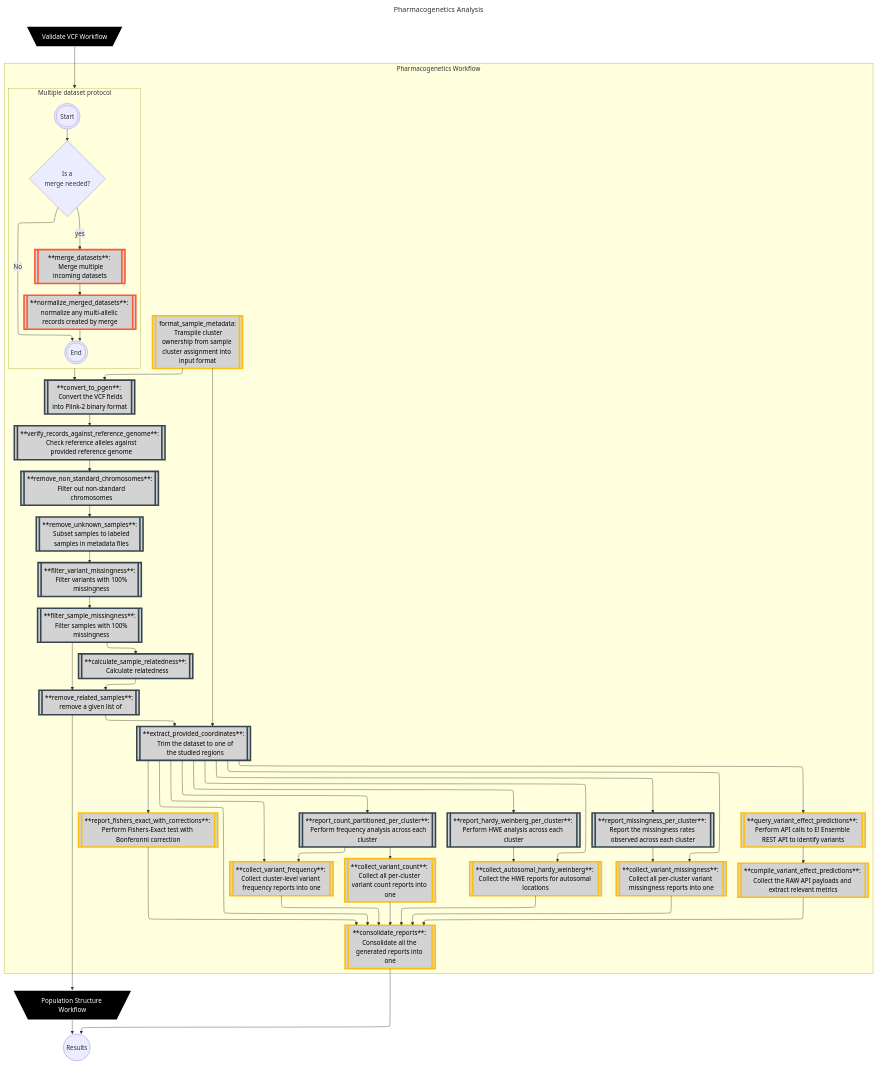
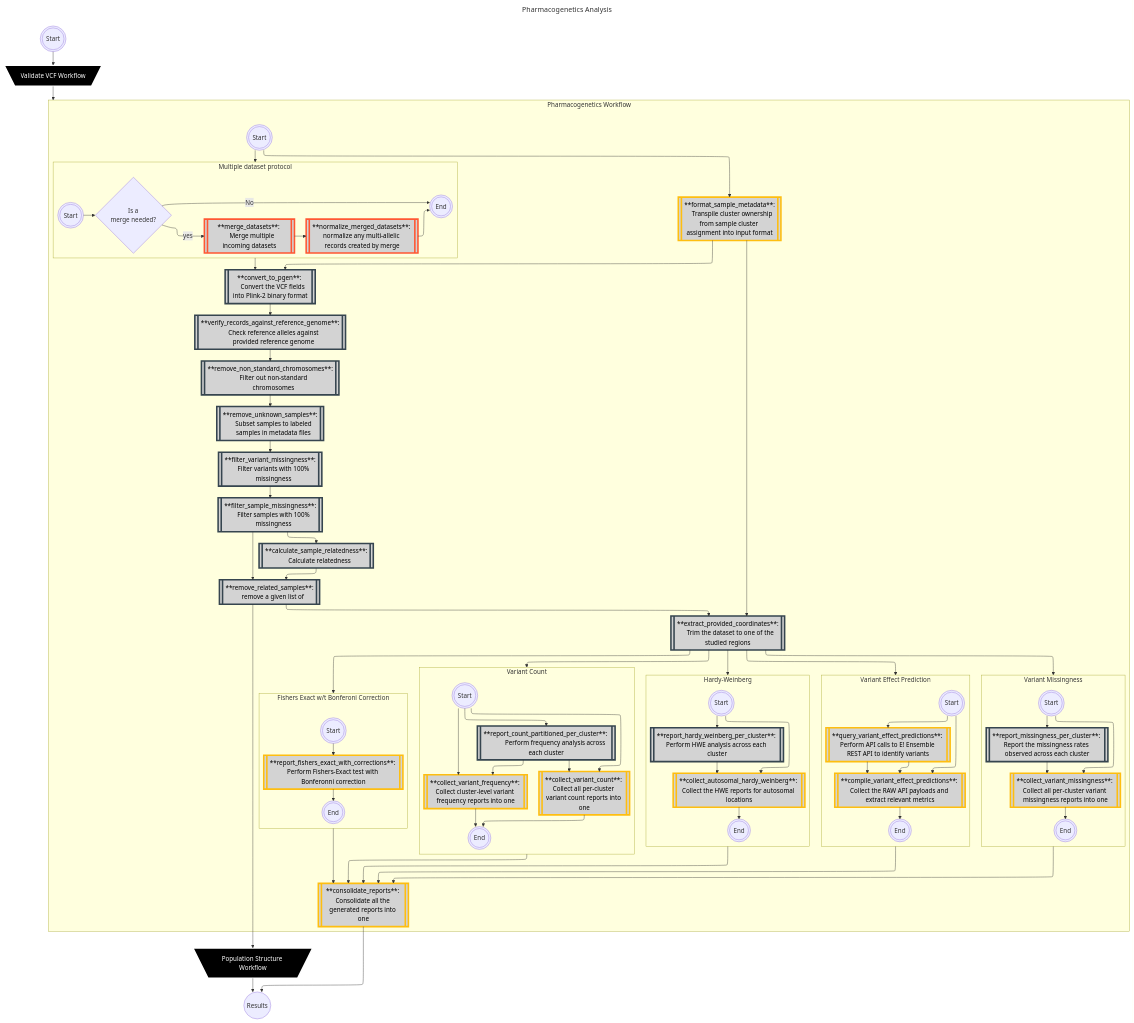
One commit to Tuks-ICMM/Pharmacogenetic-Analysis-Pipeline changed the first of 34 diagrams in docs/02-workflow/02-methodology.md. Above: the diagram before and after it, drawn with Mermaid. The commit also changed 2 other files, not shown here.

Commit message:
Updated methodology diagram

````diff
--- a/docs/02-workflow/02-methodology.md
+++ b/docs/02-workflow/02-methodology.md
@@ -49,152 +49,184 @@
         defaultRenderer: elk
 ---
 flowchart TD
-  subgraph pharmacogeneticsWorkflow [Pharmacogenetics Workflow]
-      direction BT
+    START(((Start)))
+    ValidateVcfWorkflow[\Validate VCF Workflow/]
+    click ValidateVcfWorkflow href "https://tuks-icmm.github.io/VCF-Validation-Workflow/workflow/methodology" _blank
 
-      classDef bcftools stroke:#FF5733,fill:#D3D3D3,stroke-width:4px,color:black;
-      classDef plink stroke:#36454F,fill:#D3D3D3,stroke-width:4px,color:black;
-      classDef python stroke:#FEBE10,fill:#D3D3D3,stroke-width:4px,color:black;
-      classDef admixture stroke:#333,fill:#D3D3D3,stroke-width:4px,color:black;
-      classDef tabix stroke:#023020,fill:#D3D3D3,stroke-width:4px,color:black;
-      classDef gatk stroke:#007FFF,fill:#D3D3D3,stroke-width:4px,color:black;
-      classDef workflow stroke:#fff,fill:#000000,stroke-width:4px,color:white;
+    START --> ValidateVcfWorkflow
 
-      subgraph multipleVcfProtocol [Multiple dataset protocol]
-          direction LR
-          multipleVcfProtocolStart(((Start)))
-          ifMergeRequired{Is a 
-  merge needed?}
-          merge_datasets[[**merge_datasets**: 
-  Merge multiple incoming datasets]]
+    subgraph pharmacogeneticsWorkflow [Pharmacogenetics Workflow]
+        direction BT
 
-          normalize_merged_datasets[[**normalize_merged_datasets**: normalize any multi-allelic records created by merge]]
-          multipleVcfProtocolEnd(((End)))
+        classDef bcftools stroke:#FF5733,fill:#D3D3D3,stroke-width:4px,color:black;
+        classDef plink stroke:#36454F,fill:#D3D3D3,stroke-width:4px,color:black;
+        classDef python stroke:#FEBE10,fill:#D3D3D3,stroke-width:4px,color:black;
+        classDef admixture stroke:#333,fill:#D3D3D3,stroke-width:4px,color:black;
+        classDef tabix stroke:#023020,fill:#D3D3D3,stroke-width:4px,color:black;
+        classDef gatk stroke:#007FFF,fill:#D3D3D3,stroke-width:4px,color:black;
+        classDef workflow stroke:#fff,fill:#000000,stroke-width:4px,color:white;
 
-          class merge_datasets,normalize_merged_datasets bcftools;
-          multipleVcfProtocolStart --> ifMergeRequired
-          ifMergeRequired --> |yes| merge_datasets --> normalize_merged_datasets --> multipleVcfProtocolEnd
-          ifMergeRequired --> |No| multipleVcfProtocolEnd
-      end
 
-      convert_to_pgen[[**convert_to_pgen**: 
-  Convert the VCF fields into Plink-2 binary format]]
-      remove_unknown_samples[[**remove_unknown_samples**:
-  Subset samples to labeled
-  samples in metadata files]]
+        pharmacogeneticsWorkflow_START(((Start)))
 
-      format_sample_metadata[[format_sample_metadata:
-  Transpile cluster ownership from sample cluster assignment into input format]]
+        subgraph multipleVcfProtocol [Multiple dataset protocol]
+            direction LR
+            multipleVcfProtocolStart(((Start)))
+            ifMergeRequired{Is a 
+    merge needed?}
+            merge_datasets[[**merge_datasets**: 
+    Merge multiple incoming datasets]]
 
-      
-      verify_records_against_reference_genome[[**verify_records_against_reference_genome**:
-  Check reference alleles against
-  provided reference genome]]
-      
-      filter_variant_missingness[[**filter_variant_missingness**:
-  Filter variants with 100%
-  missingness]]
-      
-      filter_sample_missingness[[**filter_sample_missingness**:
-  Filter samples with 100%
-  missingness]]
+            normalize_merged_datasets[[**normalize_merged_datasets**: normalize any multi-allelic records created by merge]]
+            multipleVcfProtocolEnd(((End)))
 
-      remove_non_standard_chromosomes[[**remove_non_standard_chromosomes**:
-  Filter out non-standard
-  chromosomes]]
+            class merge_datasets,normalize_merged_datasets bcftools;
+            multipleVcfProtocolStart --> ifMergeRequired
+            ifMergeRequired --> |yes| merge_datasets --> normalize_merged_datasets --> multipleVcfProtocolEnd
+            ifMergeRequired --> |No| multipleVcfProtocolEnd
+        end
 
-      calculate_sample_relatedness[[**calculate_sample_relatedness**:
-  Calculate relatedness]]
+        convert_to_pgen[[**convert_to_pgen**: 
+    Convert the VCF fields into Plink-2 binary format]]
+        remove_unknown_samples[[**remove_unknown_samples**:
+    Subset samples to labeled
+    samples in metadata files]]
 
-      remove_related_samples[[**remove_related_samples**:
-  remove a given list of]]
+        format_sample_metadata[[**format_sample_metadata**:
+    Transpile cluster ownership from sample cluster assignment into input format]]
 
-      extract_provided_coordinates[[**extract_provided_coordinates**:
-  Trim the dataset to one of
-  the studied regions]]
+        
+        verify_records_against_reference_genome[[**verify_records_against_reference_genome**:
+    Check reference alleles against
+    provided reference genome]]
+        
+        filter_variant_missingness[[**filter_variant_missingness**:
+    Filter variants with 100%
+    missingness]]
+        
+        filter_sample_missingness[[**filter_sample_missingness**:
+    Filter samples with 100%
+    missingness]]
 
-      report_count_partitioned_per_cluster[[**report_count_partitioned_per_cluster**:
-  Perform frequency analysis across each cluster]]
+        remove_non_standard_chromosomes[[**remove_non_standard_chromosomes**:
+    Filter out non-standard
+    chromosomes]]
 
-      report_hardy_weinberg_per_cluster[[**report_hardy_weinberg_per_cluster**: Perform HWE analysis across each cluster]]
+        calculate_sample_relatedness[[**calculate_sample_relatedness**:
+    Calculate relatedness]]
 
-      report_missingness_per_cluster[[**report_missingness_per_cluster**: Report the missingness rates observed across each cluster]]
+        remove_related_samples[[**remove_related_samples**:
+    remove a given list of]]
 
-      collect_variant_frequency[[**collect_variant_frequency**: Collect cluster-level variant frequency reports into one]]
+        extract_provided_coordinates[[**extract_provided_coordinates**:
+    Trim the dataset to one of the studied regions]]
 
-      report_fishers_exact_with_corrections[[**report_fishers_exact_with_corrections**: Perform Fishers-Exact test with Bonferonni correction]]
+        subgraph variant_count[Variant Count]
+            variant_count_START(((Start)))
+            variant_count_END(((End)))
+            report_count_partitioned_per_cluster[[**report_count_partitioned_per_cluster**: 
+            Perform frequency analysis across each cluster]]
+            collect_variant_frequency[[**collect_variant_frequency**: Collect cluster-level variant frequency reports into one]]
+            collect_variant_count[[**collect_variant_count**: Collect all per-cluster variant count reports into one]]
 
-      collect_autosomal_hardy_weinberg[[**collect_autosomal_hardy_weinberg**: Collect the HWE reports for autosomal locations]]
+            variant_count_START --> report_count_partitioned_per_cluster & collect_variant_frequency & collect_variant_count
+            report_count_partitioned_per_cluster --> collect_variant_frequency
+            report_count_partitioned_per_cluster --> collect_variant_count
 
-      collect_variant_missingness[[**collect_variant_missingness**: Collect all per-cluster variant missingness reports into one]]
+            collect_variant_count & collect_variant_frequency --> variant_count_END
+        end
 
-      collect_variant_count[[**collect_variant_count**: Collect all per-cluster variant count reports into one]]
+        subgraph hardy_weinberg[Hardy-Weinberg]
+            hardy_weinberg_START(((Start)))
+            hardy_weinberg_END(((End)))
+            report_hardy_weinberg_per_cluster[[**report_hardy_weinberg_per_cluster**: Perform HWE analysis across each cluster]]
+            collect_autosomal_hardy_weinberg[[**collect_autosomal_hardy_weinberg**: Collect the HWE reports for autosomal locations]]
 
-      query_variant_effect_predictions[[**query_variant_effect_predictions**: Perform API calls to E! Ensemble REST API to identify variants]]
+            hardy_weinberg_START --> report_hardy_weinberg_per_cluster & collect_autosomal_hardy_weinberg
+            report_hardy_weinberg_per_cluster --> collect_autosomal_hardy_weinberg
+            collect_autosomal_hardy_weinberg --> hardy_weinberg_END
+        end
 
-      compile_variant_effect_predictions[[**compile_variant_effect_predictions**: Collect the RAW API payloads and extract relevant metrics]]
+        subgraph variant_missingness[Variant Missingness]
+            variant_missingness_START(((Start)))
+            variant_missingness_END(((End)))
+            report_missingness_per_cluster[[**report_missingness_per_cluster**: Report the missingness rates observed across each cluster]]
+            collect_variant_missingness[[**collect_variant_missingness**: Collect all per-cluster variant missingness reports into one]]
 
-      consolidate_reports[[**consolidate_reports**: Consolidate all the generated reports into one]]
+            variant_missingness_START --> report_missingness_per_cluster & collect_variant_missingness
+            report_missingness_per_cluster --> collect_variant_missingness
+            collect_variant_missingness --> variant_missingness_END
+        end
 
-      class format_sample_metadata,query_variant_effect_predictions,compile_variant_effect_predictions,collect_autosomal_hardy_weinberg,collect_variant_count,collect_variant_frequency,collect_variant_missingness,report_fishers_exact_with_corrections,consolidate_reports python;
+        subgraph vep[Variant Effect Prediction]
+            vep_START(((Start)))
+            vep_END(((End)))
+            query_variant_effect_predictions[[**query_variant_effect_predictions**: Perform API calls to E! Ensemble REST API to identify variants]]
+            compile_variant_effect_predictions[[**compile_variant_effect_predictions**: Collect the RAW API payloads and extract relevant metrics]]
+            
+            vep_START --> query_variant_effect_predictions & compile_variant_effect_predictions
+            query_variant_effect_predictions --> compile_variant_effect_predictions
+            compile_variant_effect_predictions --> vep_END
+        end
 
-      class convert_to_pgen,verify_records_against_reference_genome,filter_variant_missingness,filter_sample_missingness,remove_non_standard_chromosomes,remove_unknown_samples,calculate_sample_relatedness,remove_related_samples,extract_provided_coordinates,report_count_partitioned_per_cluster,report_hardy_weinberg_per_cluster,report_missingness_per_cluster plink;
+        subgraph fishers_exact[Fishers Exact w/t Bonferoni Correction]
+            fishers_exact_START(((Start)))
+            fishers_exact_END(((End)))
+            report_fishers_exact_with_corrections[[**report_fishers_exact_with_corrections**: Perform Fishers-Exact test with Bonferonni correction]]
 
-      remove_related_samples --> extract_provided_coordinates
-      format_sample_metadata --> extract_provided_coordinates 
-      
-      
-      multipleVcfProtocol --> convert_to_pgen
-      format_sample_metadata --> convert_to_pgen
-      convert_to_pgen --> verify_records_against_reference_genome
-      verify_records_against_reference_genome --> remove_non_standard_chromosomes
-      remove_non_standard_chromosomes --> remove_unknown_samples
-      remove_unknown_samples --> filter_variant_missingness
-      filter_variant_missingness --> filter_sample_missingness
-      
-
-      filter_sample_missingness --> calculate_sample_relatedness --> remove_related_samples
-      filter_sample_missingness --> remove_related_samples
+            fishers_exact_START --> report_fishers_exact_with_corrections --> fishers_exact_END
+        end
 
 
 
-      extract_provided_coordinates --> report_count_partitioned_per_cluster & report_hardy_weinberg_per_cluster & report_missingness_per_cluster & report_fishers_exact_with_corrections & query_variant_effect_predictions
-
-      query_variant_effect_predictions --> compile_variant_effect_predictions
-
-      extract_provided_coordinates & report_hardy_weinberg_per_cluster --> collect_autosomal_hardy_weinberg
-      
-      extract_provided_coordinates & report_missingness_per_cluster --> collect_variant_missingness
-      
-      extract_provided_coordinates & report_count_partitioned_per_cluster --> collect_variant_frequency
-
-      report_count_partitioned_per_cluster --> collect_variant_count
-
-      
-
-      extract_provided_coordinates & collect_variant_frequency & collect_variant_count & collect_autosomal_hardy_weinberg & collect_variant_missingness & compile_variant_effect_predictions --> consolidate_reports
-
-      report_fishers_exact_with_corrections --> consolidate_reports
 
 
-      
-      
+
+        consolidate_reports[[**consolidate_reports**: Consolidate all the generated reports into one]]
+
+        class format_sample_metadata,query_variant_effect_predictions,compile_variant_effect_predictions,collect_autosomal_hardy_weinberg,collect_variant_count,collect_variant_frequency,collect_variant_missingness,report_fishers_exact_with_corrections,consolidate_reports python;
+
+        class convert_to_pgen,verify_records_against_reference_genome,filter_variant_missingness,filter_sample_missingness,remove_non_standard_chromosomes,remove_unknown_samples,calculate_sample_relatedness,remove_related_samples,extract_provided_coordinates,report_count_partitioned_per_cluster,report_hardy_weinberg_per_cluster,report_missingness_per_cluster plink;
+
+        remove_related_samples --> extract_provided_coordinates
+        format_sample_metadata --> extract_provided_coordinates 
+        
+        
+        multipleVcfProtocol --> convert_to_pgen
+        format_sample_metadata --> convert_to_pgen
+        convert_to_pgen --> verify_records_against_reference_genome
+        verify_records_against_reference_genome --> remove_non_standard_chromosomes
+        remove_non_standard_chromosomes --> remove_unknown_samples
+        remove_unknown_samples --> filter_variant_missingness
+        filter_variant_missingness --> filter_sample_missingness
+        
+
+        filter_sample_missingness --> calculate_sample_relatedness --> remove_related_samples
+        filter_sample_missingness --> remove_related_samples
+
+        query_variant_effect_predictions --> compile_variant_effect_predictions
 
 
-  end
+        extract_provided_coordinates --> variant_count & hardy_weinberg & vep & variant_missingness & fishers_exact
 
-  ValidateVcfWorkflow[\Validate VCF Workflow/]
+        variant_count & hardy_weinberg & vep & variant_missingness & fishers_exact --> consolidate_reports
+    end
 
-  PopulationStructureWorkflow[\Population Structure Workflow/]
-  class PopulationStructureWorkflow,ValidateVcfWorkflow workflow;
 
-  remove_related_samples --> PopulationStructureWorkflow
+    PopulationStructureWorkflow[\Population Structure Workflow/]
+    click PopulationStructureWorkflow href "https://tuks-icmm.github.io/Population-Structure-Workflow/workflow/methodology" _blank
 
-  ValidateVcfWorkflow --> multipleVcfProtocol
+    class PopulationStructureWorkflow,ValidateVcfWorkflow workflow;
 
-  END((Results))
+    remove_related_samples --> PopulationStructureWorkflow
 
-  consolidate_reports --> END
+    ValidateVcfWorkflow --> pharmacogeneticsWorkflow
 
-  PopulationStructureWorkflow --> END
+    pharmacogeneticsWorkflow_START --> multipleVcfProtocol & format_sample_metadata
+
+    END((Results))
+
+    consolidate_reports --> END
+
+    PopulationStructureWorkflow --> END
   ```
````
